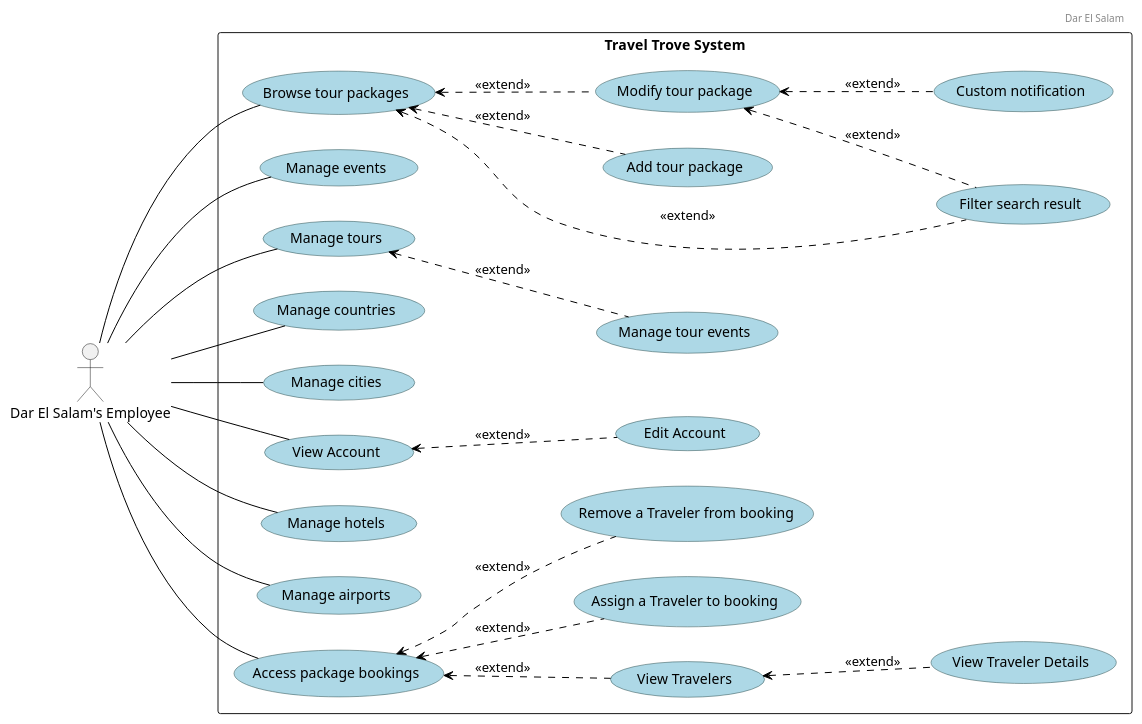
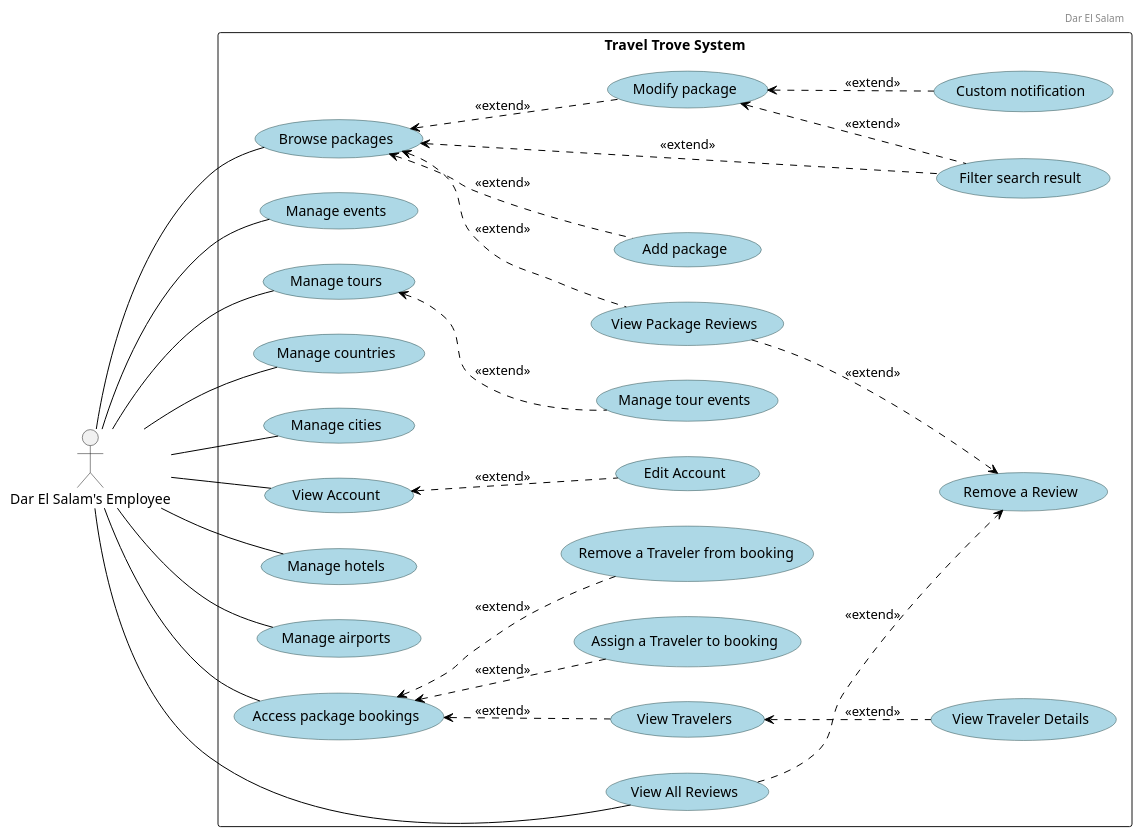
The diagram in diagrams/use cases/Employee.puml (Hares-2088/TravelTrove), drawn with PlantUML before and after one commit. The commit also changed 5 other files, not shown here.

Commit message:
Use case diagrams changes for reviews

```diff
--- a/diagrams/use cases/Employee.puml
+++ b/diagrams/use cases/Employee.puml
@@ -1,63 +1,71 @@
 @startuml
 left to right direction
 
 ' Add a header with left alignment
 header
 Dar El Salam
 endheader
 
 ' Custom skin parameters for use cases
 skinparam usecase {
     BackgroundColor lightblue
     BorderColor DarkSlateGray
     ArrowColor Black
 }
 
 actor "Dar El Salam's Employee" as Employee
 
 rectangle "Travel Trove System" {
 
-    usecase "Browse tour packages"
-    usecase "Add tour package"
-    usecase "Modify tour package"
+    usecase "Browse packages"
+    usecase "Add package"
+    usecase "Modify package"
     usecase "Filter search result"
     usecase "Custom notification"
     usecase "Manage events"
     usecase "Manage tours"
     usecase "Manage countries"
     usecase "Manage cities"
     usecase "Manage tour events"
     usecase "View Account"
     usecase "Edit Account"
     usecase "Manage hotels"
     usecase "Manage airports"
 
     usecase "Access package bookings"
     usecase "Assign a Traveler to booking"
     usecase "Remove a Traveler from booking"
     usecase "View Travelers"
     usecase "View Traveler Details"
+    
+    usecase "View Package Reviews"
+    usecase "View All Reviews"
+    usecase "Remove a Review"
 }
-Employee -- "Browse tour packages"
+Employee -- "Browse packages"
 Employee -- "Manage events"
 Employee -- "Manage tours"
 Employee -- "Manage countries"
 Employee -- "Manage cities"
 Employee -- "View Account"
 Employee -- "Manage hotels"
 Employee -- "Manage airports"
 Employee -- "Access package bookings"
+Employee -- "View All Reviews"
 
-"Browse tour packages" <.. "Filter search result" : <<extend>>
-"Browse tour packages" <.. "Add tour package" : <<extend>>
-"Browse tour packages" <.. "Modify tour package" : <<extend>>
-"Modify tour package" <.. "Custom notification" : <<extend>>
-"Modify tour package" <.. "Filter search result" : <<extend>>
+"Browse packages" <.. "Filter search result" : <<extend>>
+"Browse packages" <.. "Add package" : <<extend>>
+"Browse packages" <.. "Modify package" : <<extend>>
+"Browse packages" <.. "View Package Reviews" : <<extend>>
+"Modify package" <.. "Custom notification" : <<extend>>
+"Modify package" <.. "Filter search result" : <<extend>>
 "Manage tours" <.. "Manage tour events" : <<extend>>
 "View Account" <.. "Edit Account" : <<extend>>
 "Access package bookings" <.. "Assign a Traveler to booking" : <<extend>>
 "Access package bookings" <.. "Remove a Traveler from booking" : <<extend>>
 "Access package bookings" <.. "View Travelers" : <<extend>>
 "View Travelers" <.. "View Traveler Details" : <<extend>>
+"View All Reviews" ..> "Remove a Review" : <<extend>>
+"View Package Reviews" ..> "Remove a Review" : <<extend>>
 
 @enduml
```
